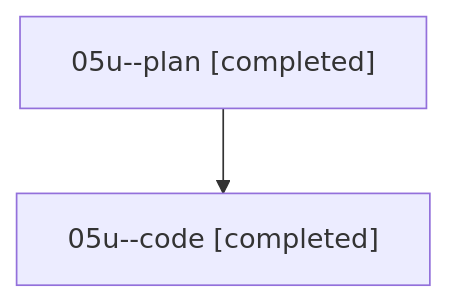
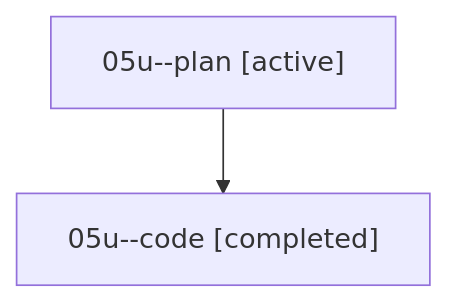
Before and after one commit to sase-org/sase--agents: the diagram in families/bbugyi200.athena.05u.md, drawn with Mermaid. The commit also changed other lines of this file and 35830 other files, not shown here.

````diff
--- a/families/bbugyi200.athena.05u.md
+++ b/families/bbugyi200.athena.05u.md
@@ -9,6 +9,6 @@
 ```mermaid
 flowchart TD
-  n0["05u--plan [completed]"]
+  n0["05u--plan [active]"]
   n1["05u--code [completed]"]
   n0 --> n1
 ```
````
